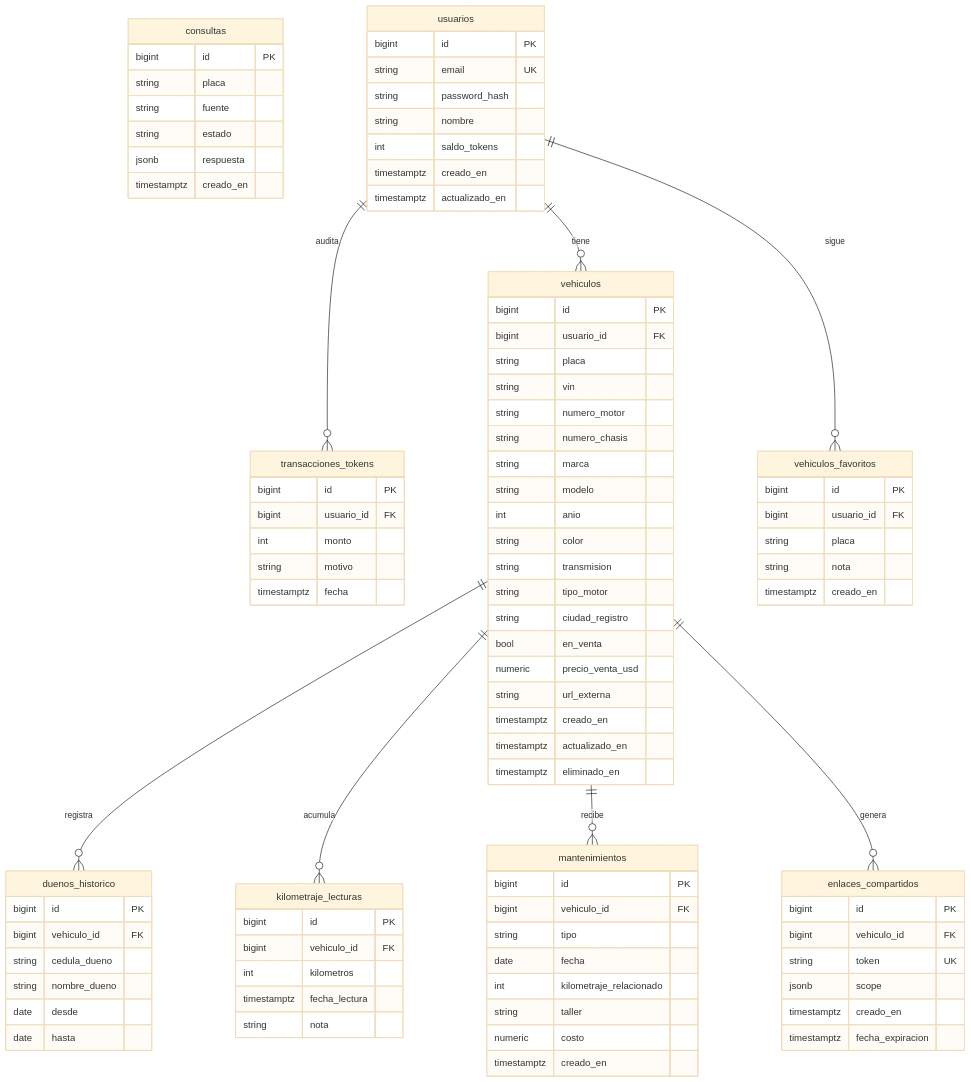
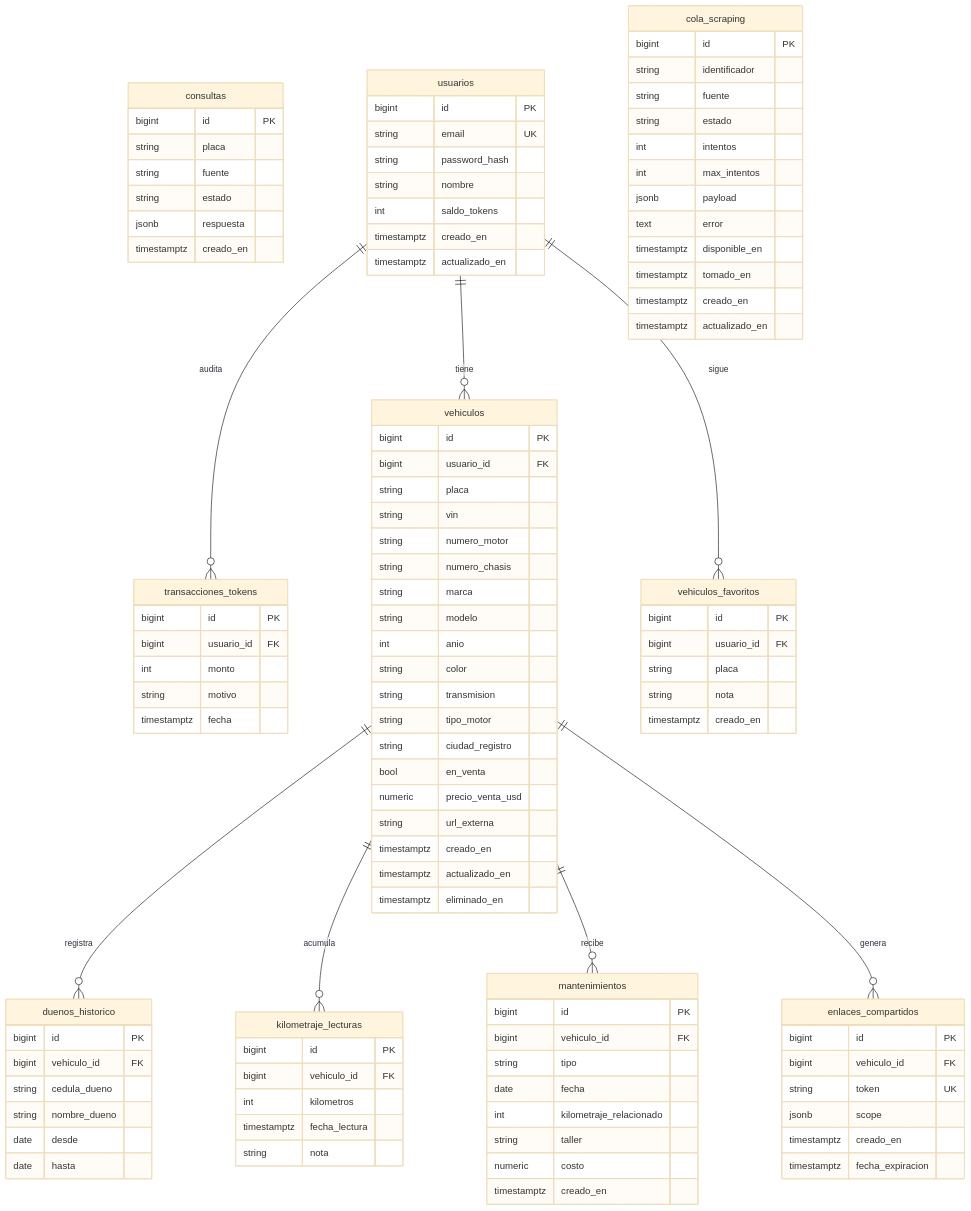
Before and after one commit to VMarcosGC/consulta-placas-ec: the fifth of 6 diagrams in docs/arquitectura.md, drawn with Mermaid (base theme). The commit also changed other lines of this file and 4 other files, not shown here.

```diff
--- a/docs/arquitectura.md
+++ b/docs/arquitectura.md
@@ -299,6 +299,21 @@
         timestamptz fecha_expiracion
     }
 
+    cola_scraping {
+        bigint id PK
+        string identificador
+        string fuente
+        string estado
+        int intentos
+        int max_intentos
+        jsonb payload
+        text error
+        timestamptz disponible_en
+        timestamptz tomado_en
+        timestamptz creado_en
+        timestamptz actualizado_en
+    }
+
     usuarios ||--o{ vehiculos : tiene
     usuarios ||--o{ transacciones_tokens : audita
     usuarios ||--o{ vehiculos_favoritos : sigue
```
